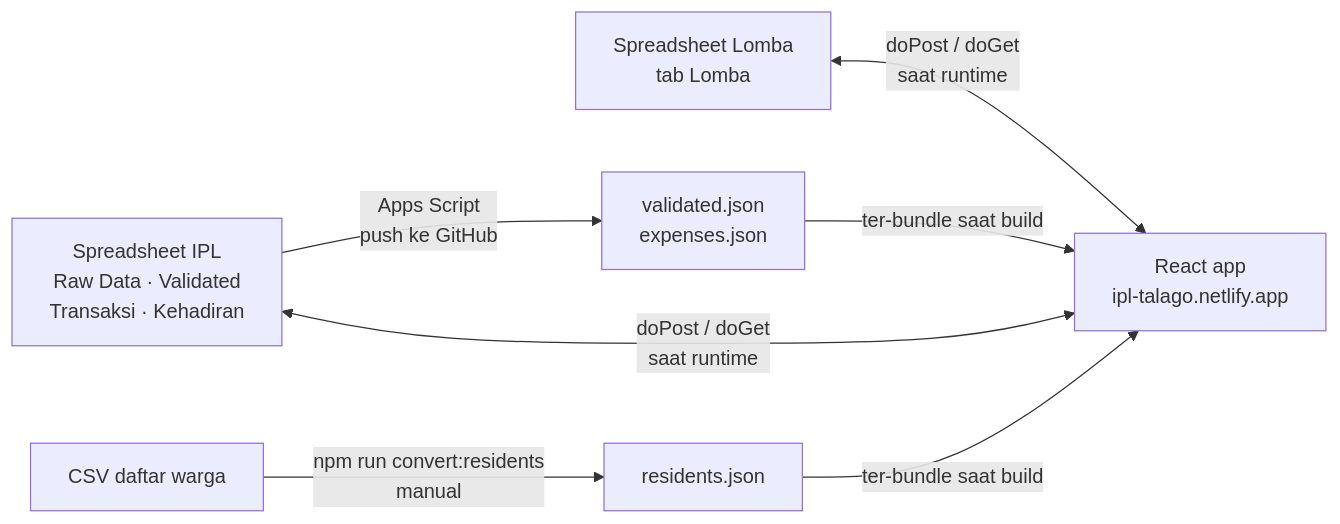
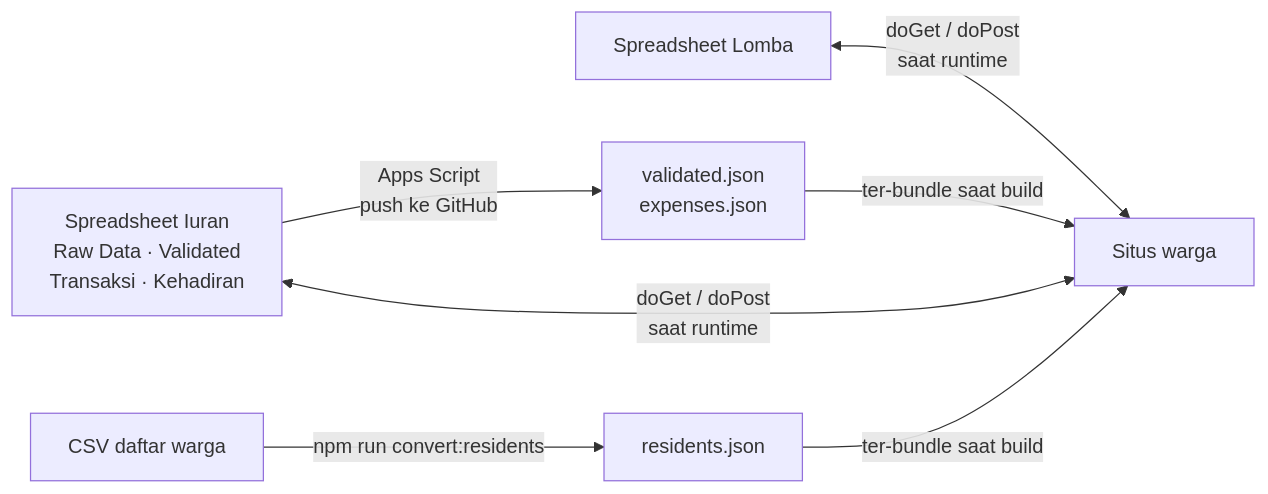
One commit to ihsansatriawan/catat-uang-warga changed the diagram in README.md. Above: the diagram before and after it, drawn with Mermaid. The commit also changed other lines of this file and 56 other files, not shown here.

````diff
--- a/README.md
+++ b/README.md
@@ -42,17 +104,17 @@
 ```mermaid
 flowchart LR
-    S1["Spreadsheet IPL<br/>Raw Data · Validated<br/>Transaksi · Kehadiran"]
-    S2["Spreadsheet Lomba<br/>tab Lomba"]
+    S1["Spreadsheet Iuran<br/>Raw Data · Validated<br/>Transaksi · Kehadiran"]
+    S2["Spreadsheet Lomba"]
     CSV["CSV daftar warga"]
 
     J12["validated.json<br/>expenses.json"]
     J3["residents.json"]
-    APP["React app<br/>ipl-talago.netlify.app"]
+    APP["Situs warga"]
 
     S1 -->|"Apps Script<br/>push ke GitHub"| J12
-    CSV -->|"npm run convert:residents<br/>manual"| J3
+    CSV -->|"npm run convert:residents"| J3
     J12 -->|"ter-bundle saat build"| APP
     J3 -->|"ter-bundle saat build"| APP
-    S1 <-->|"doPost / doGet<br/>saat runtime"| APP
-    S2 <-->|"doPost / doGet<br/>saat runtime"| APP
+    S1 <-->|"doGet / doPost<br/>saat runtime"| APP
+    S2 <-->|"doGet / doPost<br/>saat runtime"| APP
 ```
````
